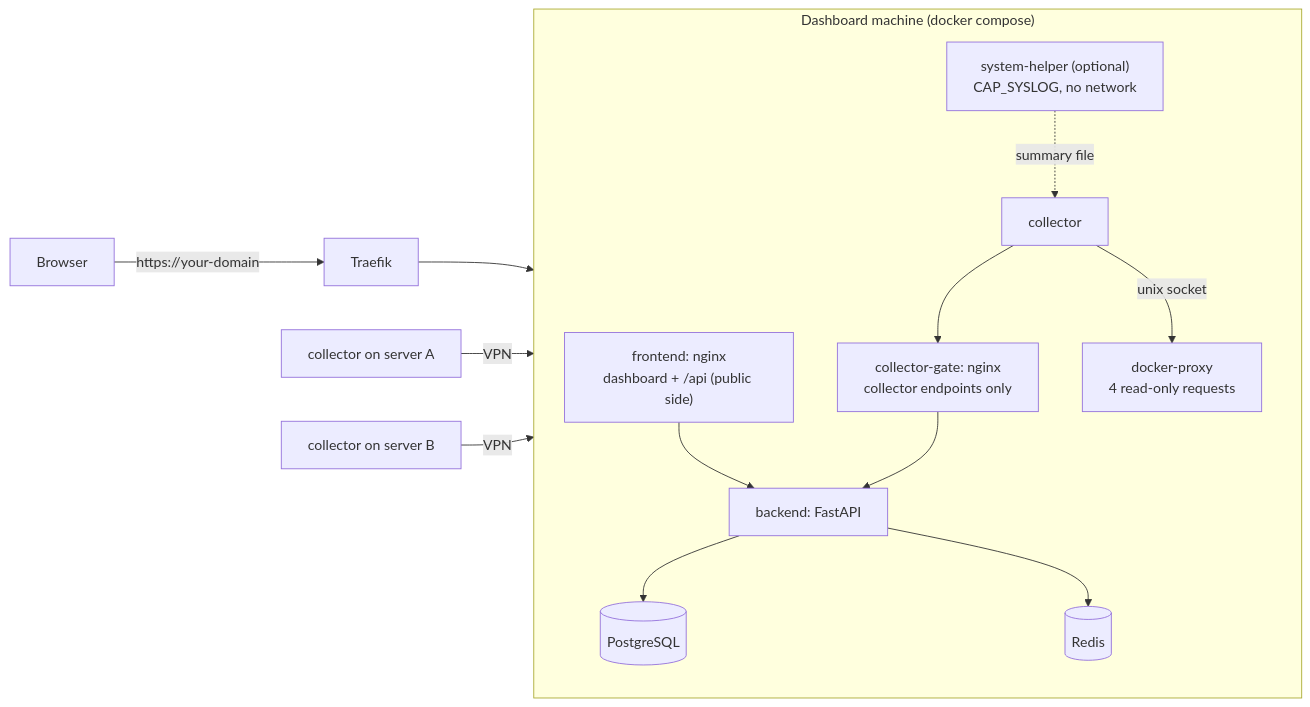
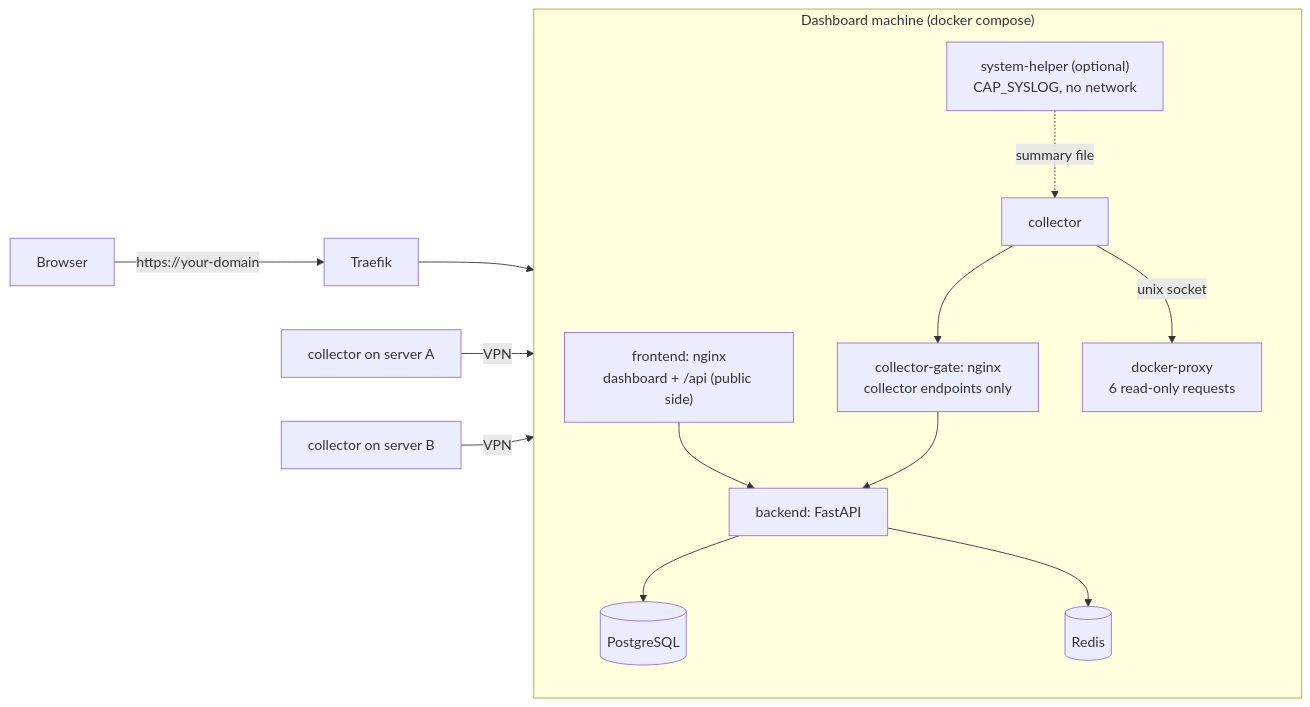
One commit to karloks2005/Infradeck changed the diagram in README.md. Above: the diagram before and after it, drawn with Mermaid. The commit also changed other lines of this file and 1 other file, not shown here.

````diff
--- a/README.md
+++ b/README.md
@@ -78,17 +93,17 @@
 ```mermaid
 flowchart LR
     subgraph main["Dashboard machine (docker compose)"]
         direction TB
         proxy["frontend: nginx<br/>dashboard + /api (public side)"] --> backend["backend: FastAPI"]
         gate["collector-gate: nginx<br/>collector endpoints only"] --> backend
         backend --> pg[(PostgreSQL)]
         backend --> redis[(Redis)]
         localc["collector"] --> gate
-        localc -->|"unix socket"| dproxy["docker-proxy<br/>4 read-only requests"]
+        localc -->|"unix socket"| dproxy["docker-proxy<br/>6 read-only requests"]
         helper["system-helper (optional)<br/>CAP_SYSLOG, no network"] -.->|"summary file"| localc
     end
     browser["Browser"] -->|"https://your-domain"| traefik["Traefik"]
     traefik --> proxy
     c1["collector on server A"] -->|"VPN"| gate
     c2["collector on server B"] -->|"VPN"| gate
 ```
````
